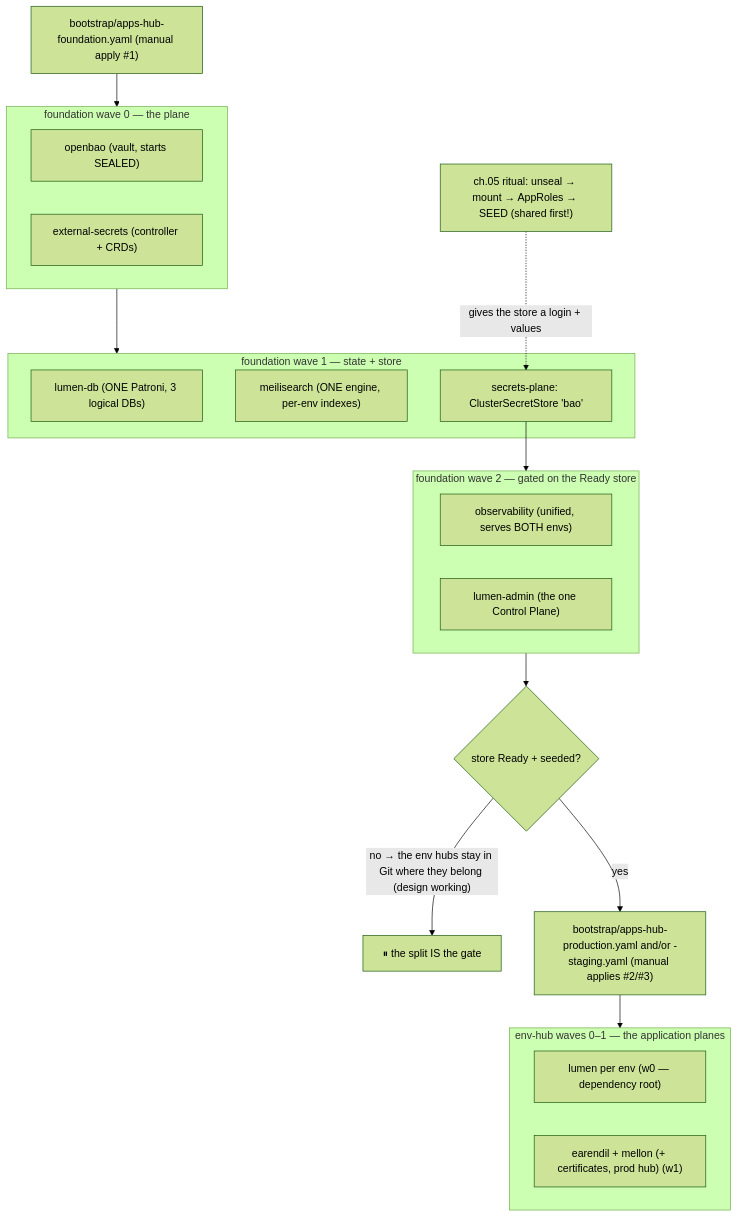
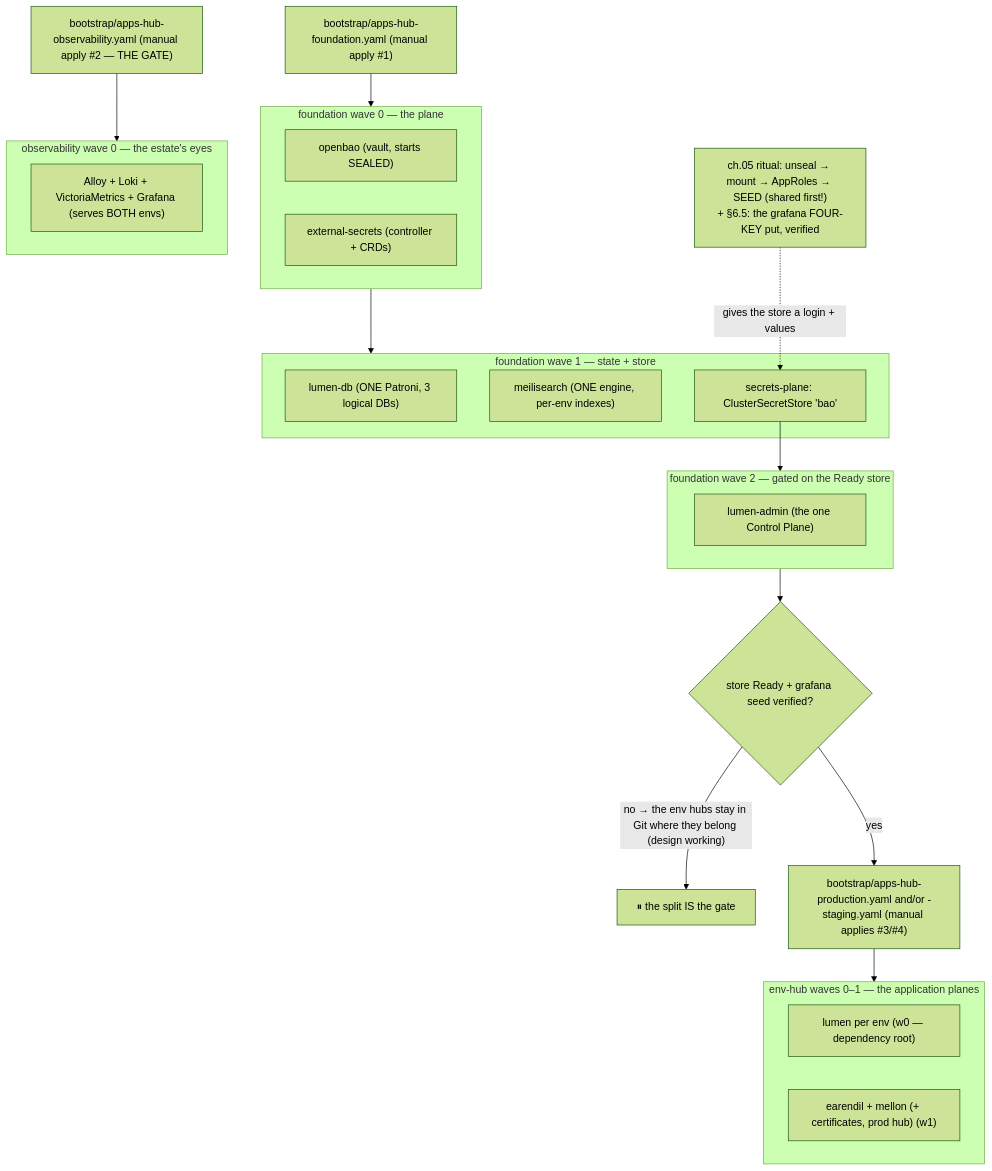
The diagram in runbook/04-gitops.md (kanatabi/omicron), drawn with Mermaid (forest theme) before and after one commit. The commit also changed other lines of this file and 8 other files, not shown here.

````diff
--- a/runbook/04-gitops.md
+++ b/runbook/04-gitops.md
@@ -203,28 +210,31 @@
 ```mermaid
 flowchart TD
     F["bootstrap/apps-hub-foundation.yaml (manual apply #1)"] --> W0
     subgraph W0["foundation wave 0 — the plane"]
         BAO["openbao (vault, starts SEALED)"]
         ESO["external-secrets (controller + CRDs)"]
     end
     W0 --> W1
     subgraph W1["foundation wave 1 — state + store"]
         DB["lumen-db (ONE Patroni, 3 logical DBs)"]
         MEILI["meilisearch (ONE engine, per-env indexes)"]
         STORE["secrets-plane: ClusterSecretStore 'bao'"]
     end
-    CH5["ch.05 ritual: unseal → mount → AppRoles → SEED (shared first!)"] -.->|"gives the store a login + values"| STORE
+    CH5["ch.05 ritual: unseal → mount → AppRoles → SEED (shared first!)<br/>+ §6.5: the grafana FOUR-KEY put, verified"] -.->|"gives the store a login + values"| STORE
     STORE --> W2
     subgraph W2["foundation wave 2 — gated on the Ready store"]
-        OBS["observability (unified, serves BOTH envs)"]
         ADMIN["lumen-admin (the one Control Plane)"]
     end
-    W2 --> GATE{"store Ready + seeded?"}
+    OBS["bootstrap/apps-hub-observability.yaml (manual apply #2 — THE GATE)"] --> OBS0
+    subgraph OBS0["observability wave 0 — the estate's eyes"]
+        LGTM["Alloy + Loki + VictoriaMetrics + Grafana (serves BOTH envs)"]
+    end
+    W2 --> GATE{"store Ready + grafana seed verified?"}
     GATE -->|"no → the env hubs stay in Git where they belong (design working)"| HOLD["⏸ the split IS the gate"]
-    GATE -->|"yes"| A["bootstrap/apps-hub-production.yaml and/or -staging.yaml (manual applies #2/#3)"]
+    GATE -->|"yes"| A["bootstrap/apps-hub-production.yaml and/or -staging.yaml (manual applies #3/#4)"]
     A --> V0
     subgraph V0["env-hub waves 0–1 — the application planes"]
         LUMEN["lumen per env (w0 — dependency root)"]
         EAR["earendil + mellon (+ certificates, prod hub) (w1)"]
     end
 ```
````
